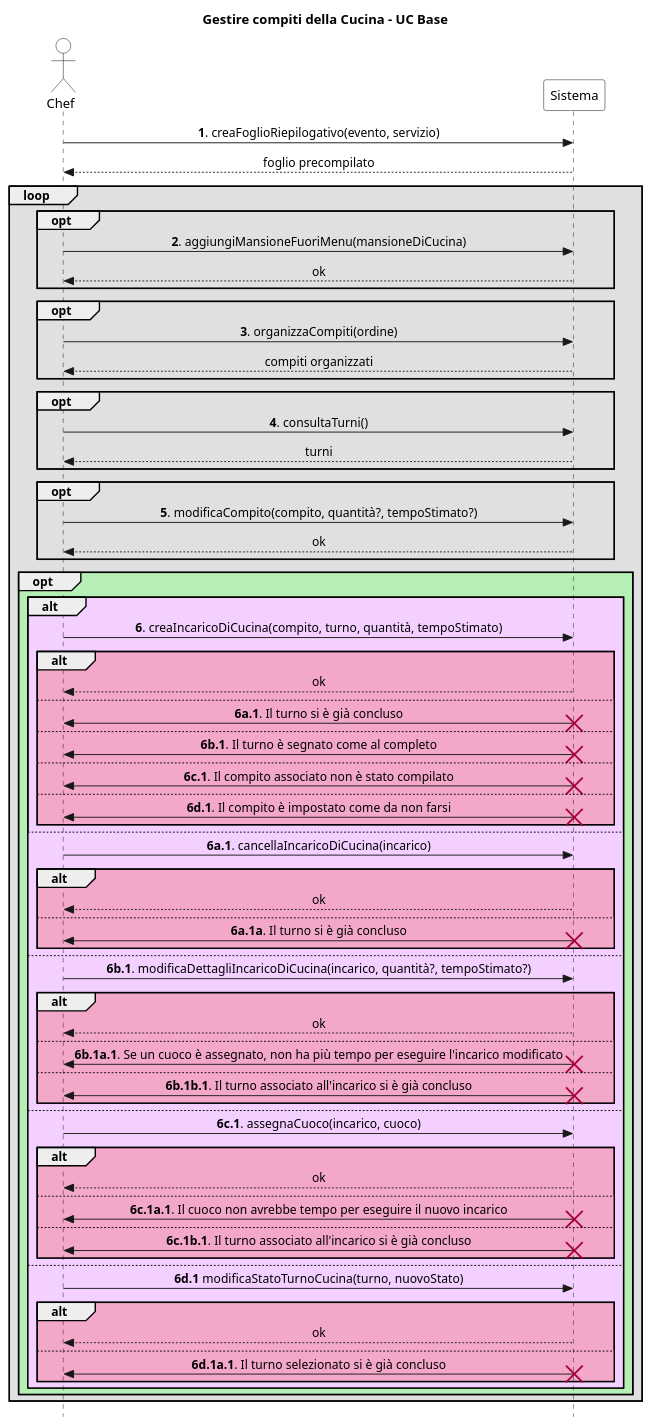
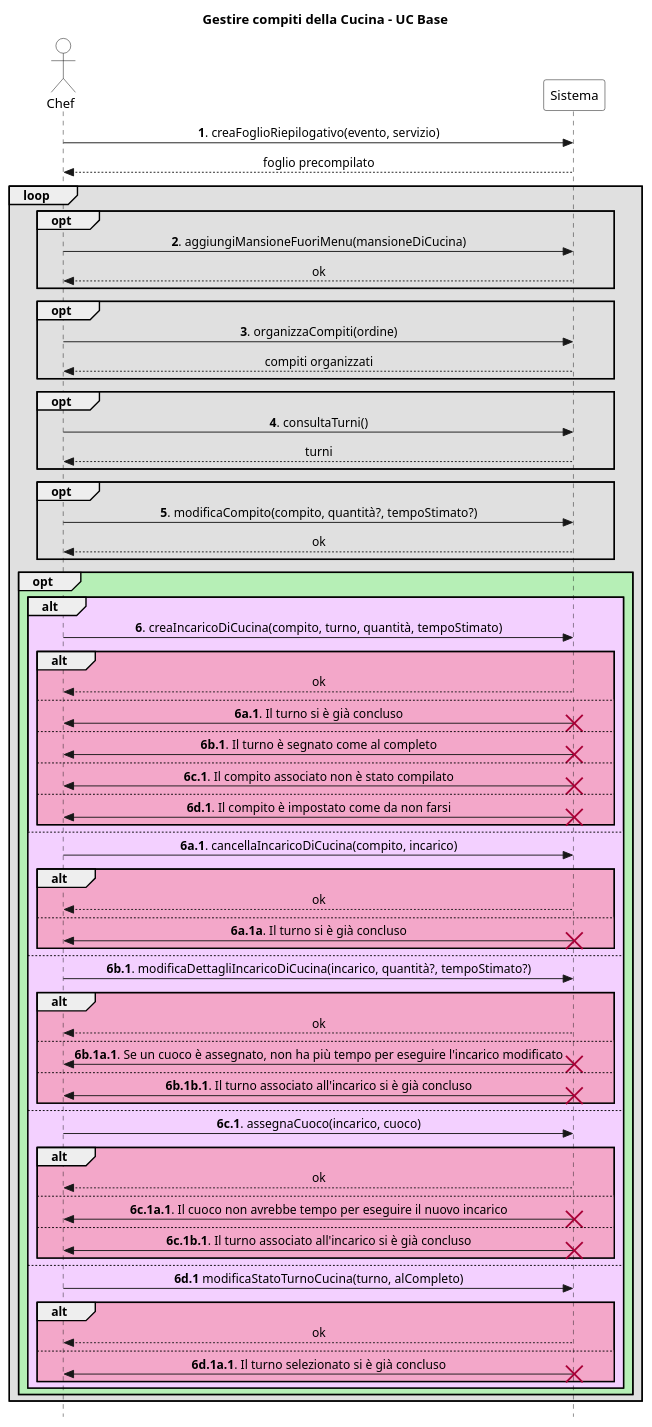
One commit to stefa168/sas-project changed the diagram in UP/Requisiti/UC Gestire Compiti Cucina/SSD/Estensioni-Eccezioni Op6.puml. Above: the diagram before and after it, drawn with PlantUML. The commit also changed 2 other files, not shown here.

```diff
--- a/UP/Requisiti/UC Gestire Compiti Cucina/SSD/Estensioni-Eccezioni Op6.puml
+++ b/UP/Requisiti/UC Gestire Compiti Cucina/SSD/Estensioni-Eccezioni Op6.puml
@@ -1,103 +1,103 @@
 @startuml
 skinparam Style strictuml
 skinparam SequenceMessageAlign center
 
 skinparam sequence {
     ActorBorderColor Black
     ActorBackgroundColor White
     ParticipantBorderColor Black
     ParticipantBackgroundColor White
 }
 
 actor Chef
 participant Sistema
 
 title Gestire compiti della Cucina - UC Base
 
 Chef -> Sistema: **1**. creaFoglioRiepilogativo(evento, servizio)
 return foglio precompilato
 
 loop #e0e0e0
     opt #e0e0e0
         Chef -> Sistema: **2**. aggiungiMansioneFuoriMenu(mansioneDiCucina)
         return ok
     end
 
     opt #e0e0e0
         Chef -> Sistema: **3**. organizzaCompiti(ordine)
         return compiti organizzati
     end
 
     opt #e0e0e0
         Chef -> Sistema: **4**. consultaTurni()
         return turni
     end
 
     opt #e0e0e0
         Chef -> Sistema: **5**. modificaCompito(compito, quantità?, tempoStimato?)
         return ok
     end
 
     opt #b6efb6
         alt #f3d0ff
             Chef -> Sistema: **6**. creaIncaricoDiCucina(compito, turno, quantità, tempoStimato)
             alt #f3a7c9
                 return ok
             else
                 Chef <- Sistema: **6a.1**. Il turno si è già concluso
                 destroy Sistema
             else
                 Chef <- Sistema: **6b.1**. Il turno è segnato come al completo
                 destroy Sistema
             else
                 Chef <- Sistema: **6c.1**. Il compito associato non è stato compilato
                 destroy Sistema
             else
                 Chef <- Sistema: **6d.1**. Il compito è impostato come da non farsi
                 destroy Sistema
             end
         else
-            Chef -> Sistema: **6a.1**. cancellaIncaricoDiCucina(incarico)
+            Chef -> Sistema: **6a.1**. cancellaIncaricoDiCucina(compito, incarico)
             alt #f3a7c9
                 return ok
             else
                 Chef <- Sistema: **6a.1a**. Il turno si è già concluso
                 destroy Sistema
             end
         else
             Chef -> Sistema: **6b.1**. modificaDettagliIncaricoDiCucina(incarico, quantità?, tempoStimato?)
             alt #f3a7c9
                 return ok
             else
                 Chef <- Sistema: **6b.1a.1**. Se un cuoco è assegnato, non ha più tempo per eseguire l'incarico modificato
                 destroy Sistema
             else
                 Chef <- Sistema: **6b.1b.1**. Il turno associato all'incarico si è già concluso
                 destroy Sistema
             end
         else
             Chef -> Sistema: **6c.1**. assegnaCuoco(incarico, cuoco)
             alt #f3a7c9
                 return ok
             else
                 Chef <- Sistema: **6c.1a.1**. Il cuoco non avrebbe tempo per eseguire il nuovo incarico
                 destroy Sistema
             else
                 Chef <- Sistema: **6c.1b.1**. Il turno associato all'incarico si è già concluso
                 destroy Sistema
             end
         else
-            Chef -> Sistema: **6d.1** modificaStatoTurnoCucina(turno, nuovoStato)
+            Chef -> Sistema: **6d.1** modificaStatoTurnoCucina(turno, alCompleto)
             alt #f3a7c9
                 return ok
             else
                 Chef <- Sistema: **6d.1a.1**. Il turno selezionato si è già concluso
                 destroy Sistema
             end
         end
     end
 
 end
 
 
 @enduml
```
